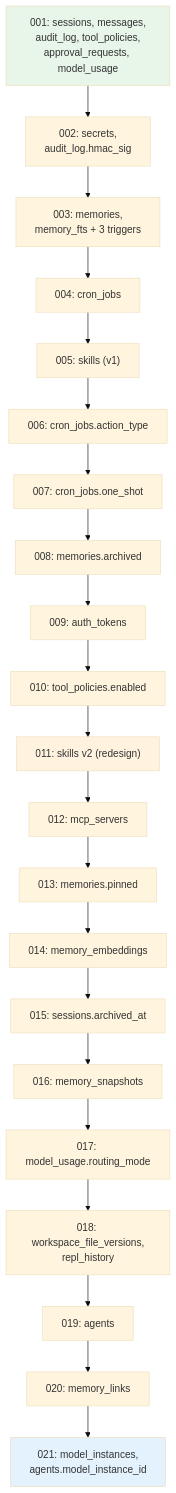
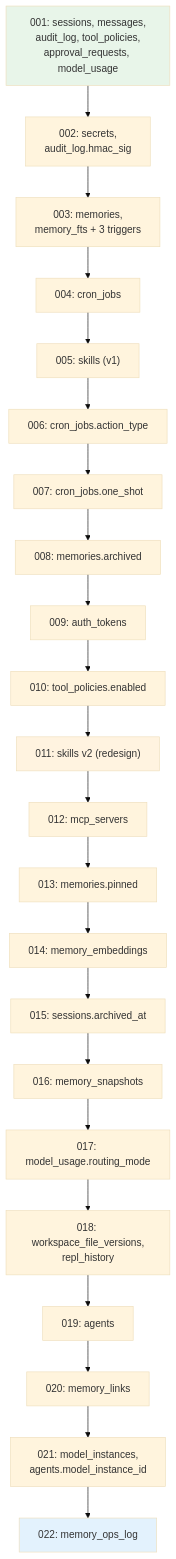
The fourth of 7 diagrams in prd/30-DATABASE.md (rkinas/antec), drawn with Mermaid (base theme) before and after one commit. The commit also changed other lines of this file, not shown here.

````diff
--- a/prd/30-DATABASE.md
+++ b/prd/30-DATABASE.md
@@ -957,34 +975,36 @@
 ```mermaid
 flowchart TB
     M001["001: sessions, messages,<br/>audit_log, tool_policies,<br/>approval_requests, model_usage"]
     M002["002: secrets,<br/>audit_log.hmac_sig"]
     M003["003: memories,<br/>memory_fts + 3 triggers"]
     M004["004: cron_jobs"]
     M005["005: skills (v1)"]
     M006["006: cron_jobs.action_type"]
     M007["007: cron_jobs.one_shot"]
     M008["008: memories.archived"]
     M009["009: auth_tokens"]
     M010["010: tool_policies.enabled"]
     M011["011: skills v2 (redesign)"]
     M012["012: mcp_servers"]
     M013["013: memories.pinned"]
     M014["014: memory_embeddings"]
     M015["015: sessions.archived_at"]
     M016["016: memory_snapshots"]
     M017["017: model_usage.routing_mode"]
     M018["018: workspace_file_versions,<br/>repl_history"]
     M019["019: agents"]
     M020["020: memory_links"]
     M021["021: model_instances,<br/>agents.model_instance_id"]
+    M022["022: memory_ops_log"]
 
     M001 --> M002 --> M003 --> M004 --> M005
     M005 --> M006 --> M007 --> M008 --> M009
     M009 --> M010 --> M011 --> M012 --> M013
     M013 --> M014 --> M015 --> M016 --> M017
     M017 --> M018 --> M019 --> M020 --> M021
+    M021 --> M022
 
     style M001 fill:#e8f5e9
     style M011 fill:#fff3e0
-    style M021 fill:#e3f2fd
+    style M022 fill:#e3f2fd
 ```
````
